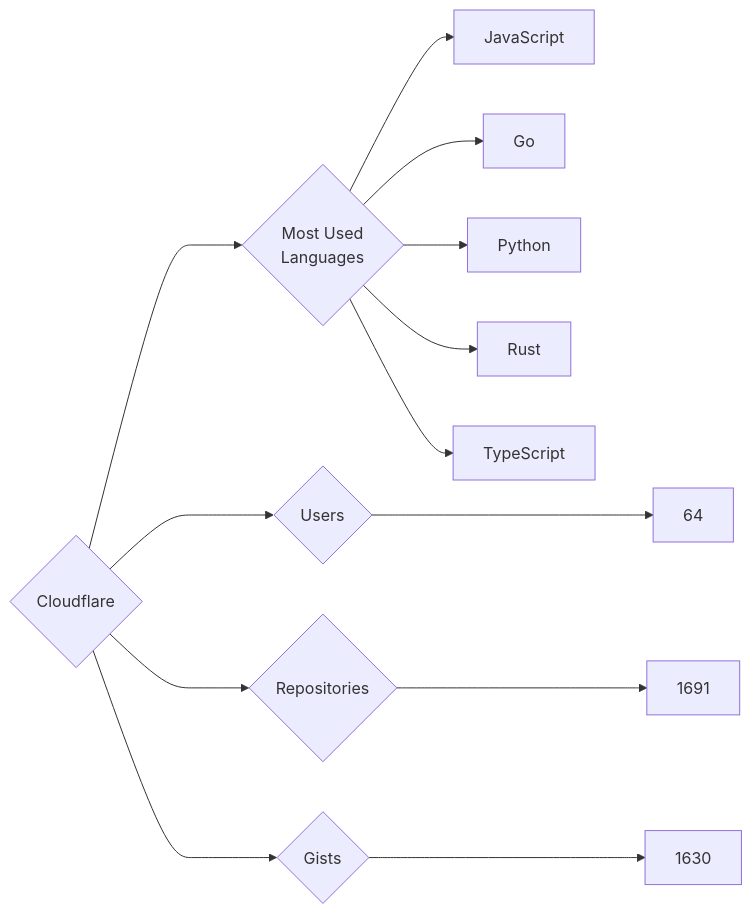
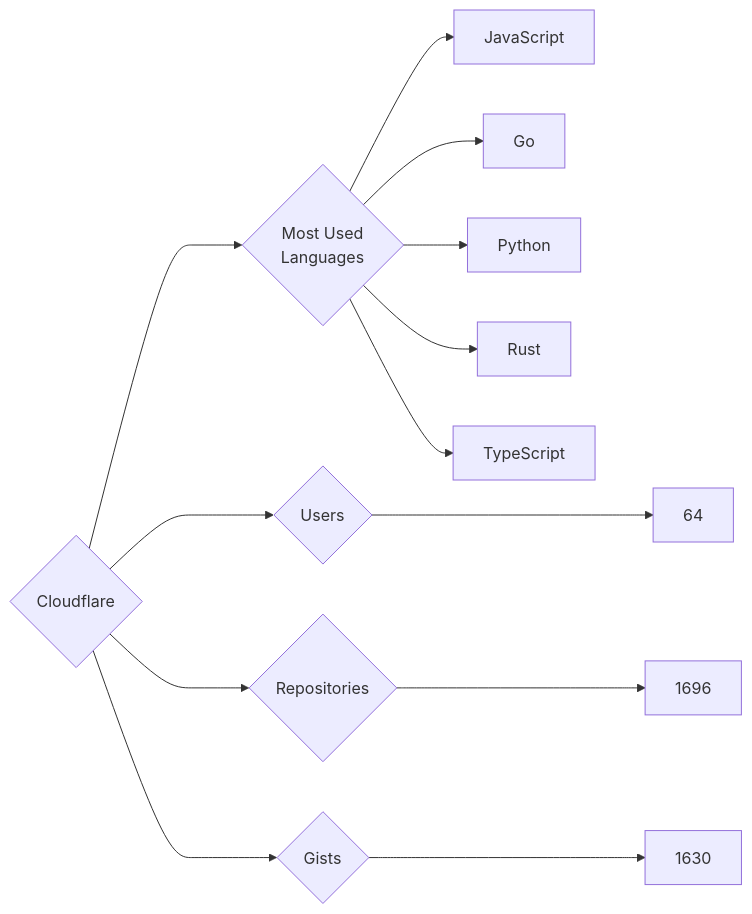
One commit to trickest/insiders changed the diagram in targets/Cloudflare/README.md. Above: the diagram before and after it, drawn with Mermaid. The commit also changed 545 other files, not shown here.

````diff
--- a/targets/Cloudflare/README.md
+++ b/targets/Cloudflare/README.md
@@ -3,13 +3,13 @@
 ```mermaid
 graph LR
 COMPANY_NAME{Cloudflare}
 COMPANY_NAME ---> U{Users} ---> UN[64]
-COMPANY_NAME ---> R{Repositories} ---> RN[1691]
+COMPANY_NAME ---> R{Repositories} ---> RN[1696]
 COMPANY_NAME ---> G{Gists} ---> GN[1630]
 COMPANY_NAME ---> ML{Most Used<br>Languages}
 ML --> JavaScript[JavaScript]
 ML --> Go[Go]
 ML --> Python[Python]
 ML --> Rust[Rust]
 ML --> TypeScript[TypeScript]
 ```
````
